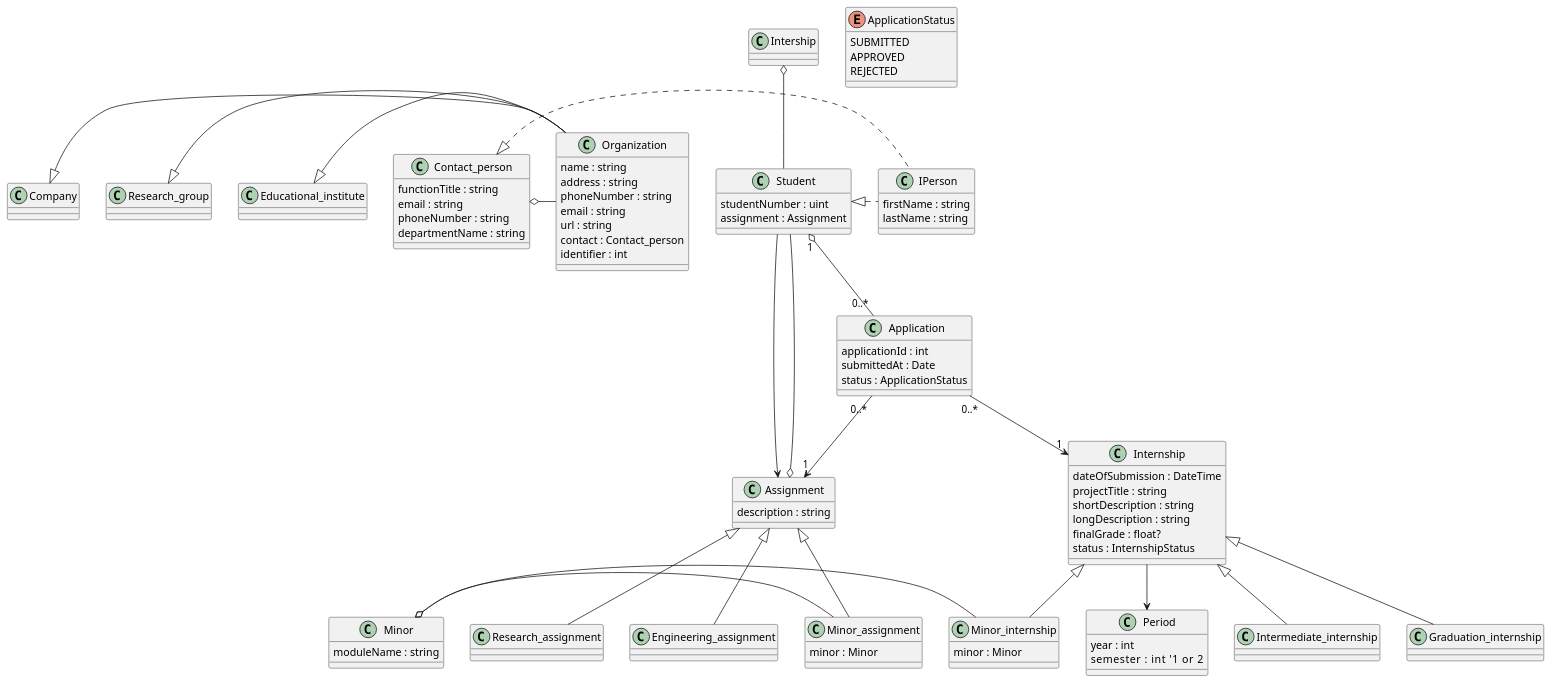
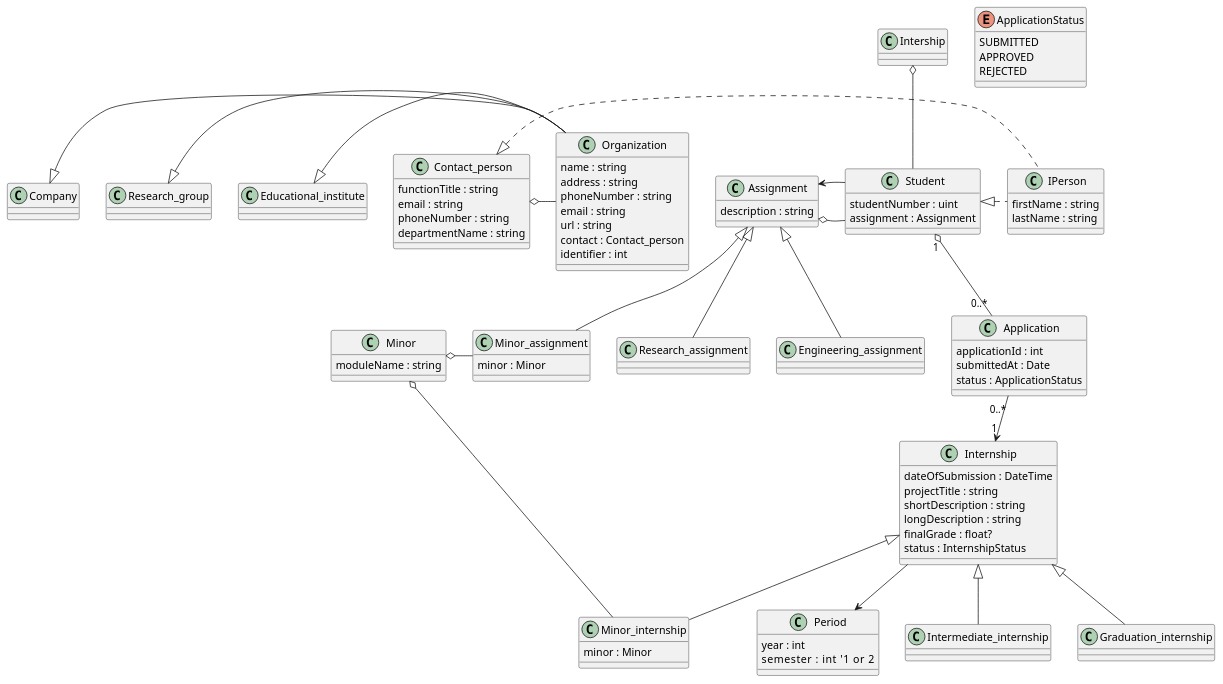
The diagram in Week3/ClassDiagram.puml (JoiningwithMattheus/Week1), drawn with PlantUML before and after one commit.

Commit message:
Coordinator and Student

```diff
--- a/Week3/ClassDiagram.puml
+++ b/Week3/ClassDiagram.puml
@@ -1,122 +1,121 @@
 @startuml SIS
 
 class Organization {
     name : string
     address : string
     phoneNumber : string
     email : string
     url : string
     contact : Contact_person
     identifier : int
 
 }
 
 class Company {
 
 }
 Company <|- Organization
 
 class Research_group{
 
 }
 Research_group <|- Organization
 
 class Educational_institute{
 
 }
 Educational_institute <|- Organization
 
 class Period {
     year : int
     semester : int     '1 or 2
 }
 
 class Internship {
     dateOfSubmission : DateTime
     projectTitle : string
     shortDescription : string
     longDescription : string
     finalGrade : float?
     status : InternshipStatus
 }
 
 Internship --> Period
 
 class Intermediate_internship
 
 class Minor_internship {
     minor : Minor
 }
 
 class Graduation_internship 
 
 Internship <|-- Intermediate_internship
 Internship <|-- Minor_internship
 Internship <|-- Graduation_internship
 
 class Assignment {
     description : string
 }
 Assignment o- Student
 
 class Research_assignment
 class Minor_assignment {
     minor : Minor
 }
 
 class Engineering_assignment
 
 Assignment <|-- Research_assignment
 Assignment <|-- Minor_assignment
 Assignment <|-- Engineering_assignment
 
 class IPerson{
     firstName : string
     lastName : string
 
 }
 
 class Student {
     studentNumber : uint
     assignment : Assignment
 
 }
 Student <|. IPerson
 
 class Contact_person {
     functionTitle : string
     email : string
     phoneNumber : string
     departmentName : string
 
 }
 Contact_person <|. IPerson
 Contact_person o- Organization
 
 class Minor {
     moduleName : string
 
 }
 Minor o- Minor_internship
 Minor o- Minor_assignment
 
 class Application {
     applicationId : int
     submittedAt : Date
     status : ApplicationStatus
 }
 
 enum ApplicationStatus {
     SUBMITTED
     APPROVED
     REJECTED
 }
 
 Student "1" o-- "0..*" Application
 Application "0..*" --> "1" Internship
-Application "0..*" --> "1" Assignment
 
 Intership o-- Student
 Student --> Assignment
 
 @enduml
```
